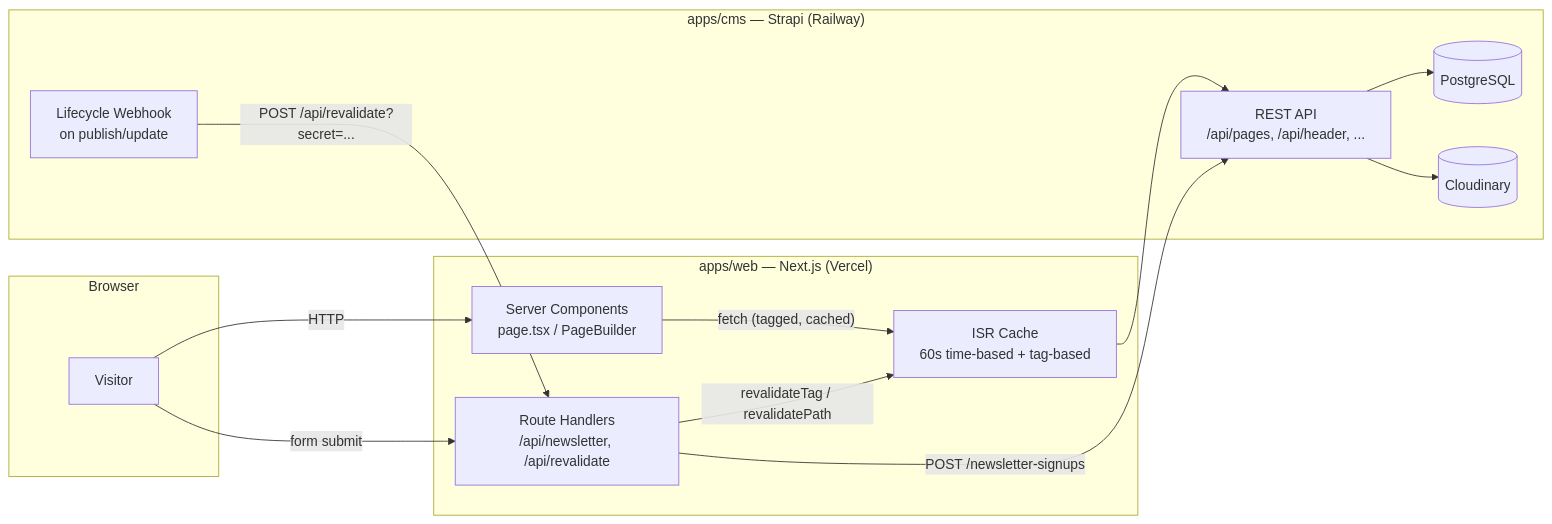
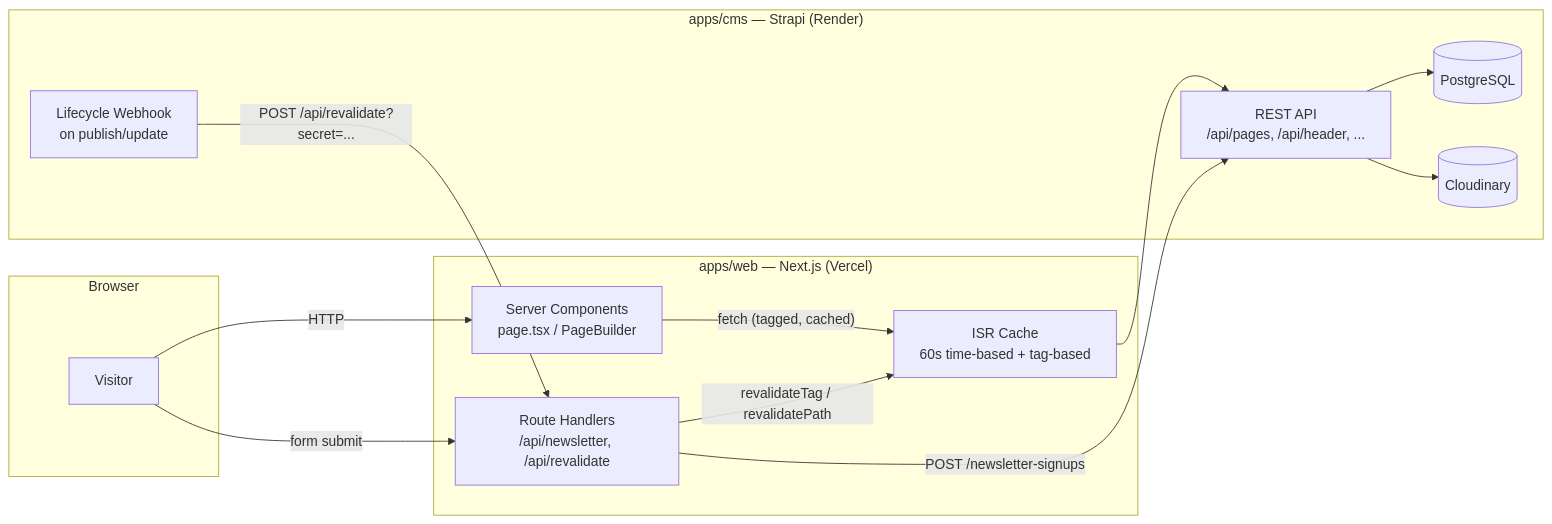
One commit to Vivek24051/gomo-fullstack-assignment changed the first of 3 diagrams in README.md. Above: the diagram before and after it, drawn with Mermaid. The commit also changed other lines of this file, not shown here.

First line of the commit message:
docs: update README to reflect actual deployment (Render, not Railway)

````diff
--- a/README.md
+++ b/README.md
@@ -85,29 +85,29 @@
 ```mermaid
 flowchart LR
     subgraph Browser
         U[Visitor]
     end
 
     subgraph Web["apps/web — Next.js (Vercel)"]
         RSC["Server Components<br/>page.tsx / PageBuilder"]
         API["Route Handlers<br/>/api/newsletter, /api/revalidate"]
         Cache["ISR Cache<br/>60s time-based + tag-based"]
     end
 
-    subgraph CMS["apps/cms — Strapi (Railway)"]
+    subgraph CMS["apps/cms — Strapi (Render)"]
         REST["REST API<br/>/api/pages, /api/header, ..."]
         DB[(PostgreSQL)]
         Media[(Cloudinary)]
         Webhook["Lifecycle Webhook<br/>on publish/update"]
     end
 
     U -->|HTTP| RSC
     U -->|form submit| API
     RSC -->|"fetch (tagged, cached)"| Cache
     Cache --> REST
     API -->|"POST /newsletter-signups"| REST
     REST --> DB
     REST --> Media
     Webhook -->|"POST /api/revalidate?secret=..."| API
     API -->|revalidateTag / revalidatePath| Cache
 ```
````
